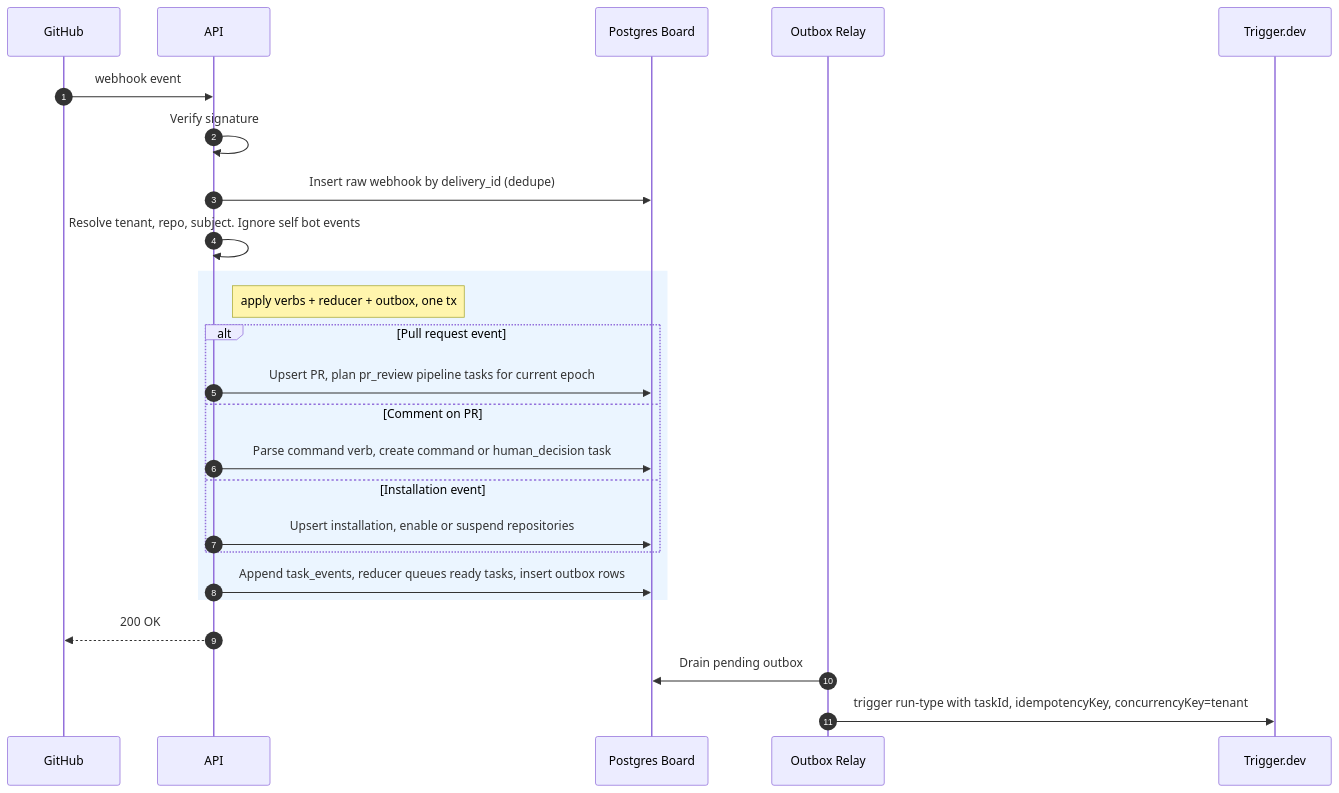
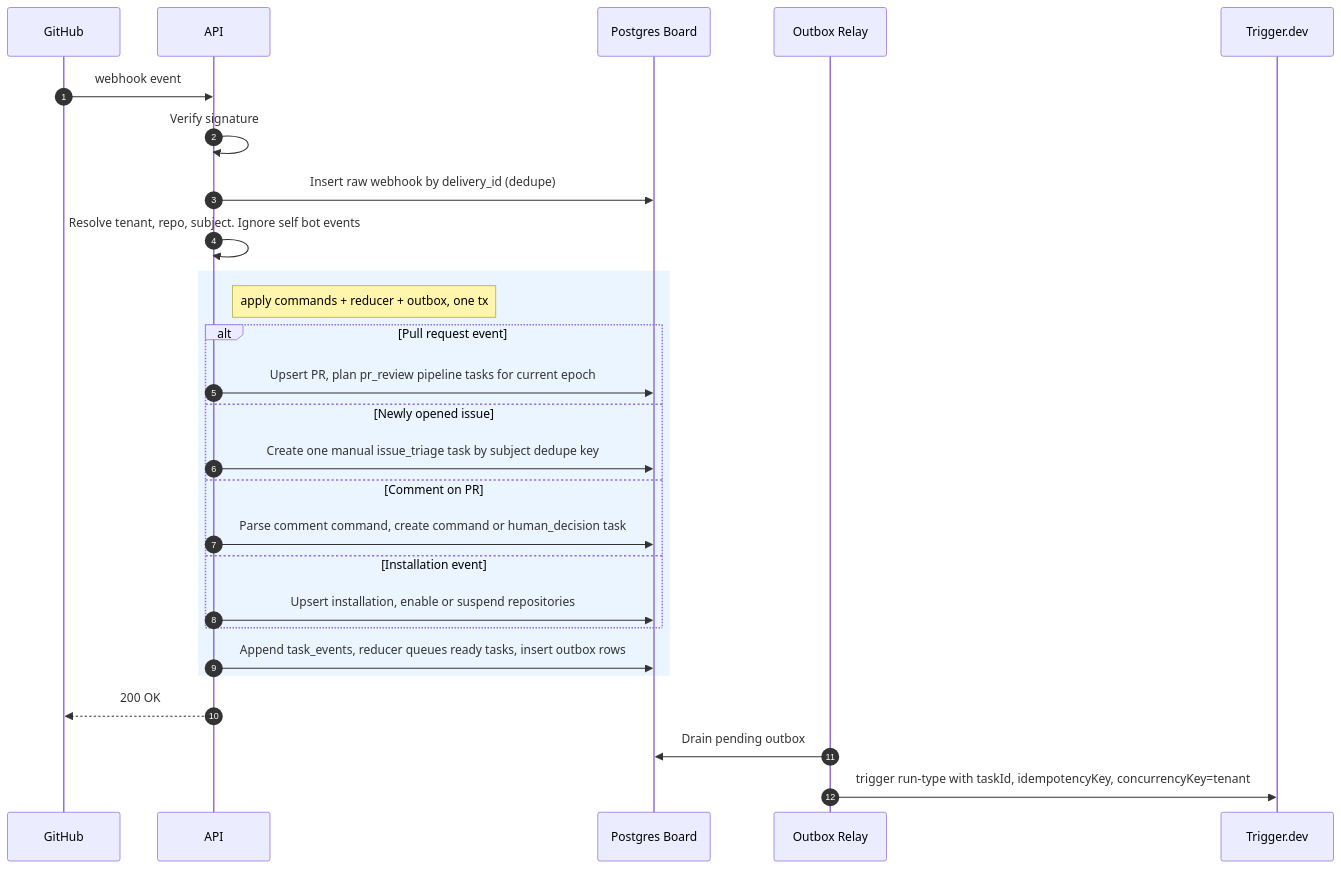
Before and after one commit to keon/jina-context-wiki-e2e-20260808: the first of 9 diagrams in docs/SEQUENCE_DIAGRAM.md, drawn with Mermaid. The commit also changed other lines of this file and 61 other files, not shown here.

````diff
--- a/docs/SEQUENCE_DIAGRAM.md
+++ b/docs/SEQUENCE_DIAGRAM.md
@@ -18,27 +18,29 @@
 ```mermaid
 sequenceDiagram
     autonumber
     participant GitHub
     participant API
     participant Board as Postgres Board
     participant Relay as Outbox Relay
     participant Trigger as Trigger.dev
     GitHub->>API: webhook event
     API->>API: Verify signature
     API->>Board: Insert raw webhook by delivery_id (dedupe)
     API->>API: Resolve tenant, repo, subject. Ignore self bot events
     rect rgb(235,245,255)
-    note right of API: apply verbs + reducer + outbox, one tx
+    note right of API: apply commands + reducer + outbox, one tx
     alt Pull request event
         API->>Board: Upsert PR, plan pr_review pipeline tasks for current epoch
+    else Newly opened issue
+        API->>Board: Create one manual issue_triage task by subject dedupe key
     else Comment on PR
-        API->>Board: Parse command verb, create command or human_decision task
+        API->>Board: Parse comment command, create command or human_decision task
     else Installation event
         API->>Board: Upsert installation, enable or suspend repositories
     end
     API->>Board: Append task_events, reducer queues ready tasks, insert outbox rows
     end
     API-->>GitHub: 200 OK
     Relay->>Board: Drain pending outbox
     Relay->>Trigger: trigger run-type with taskId, idempotencyKey, concurrencyKey=tenant
 ```
````
